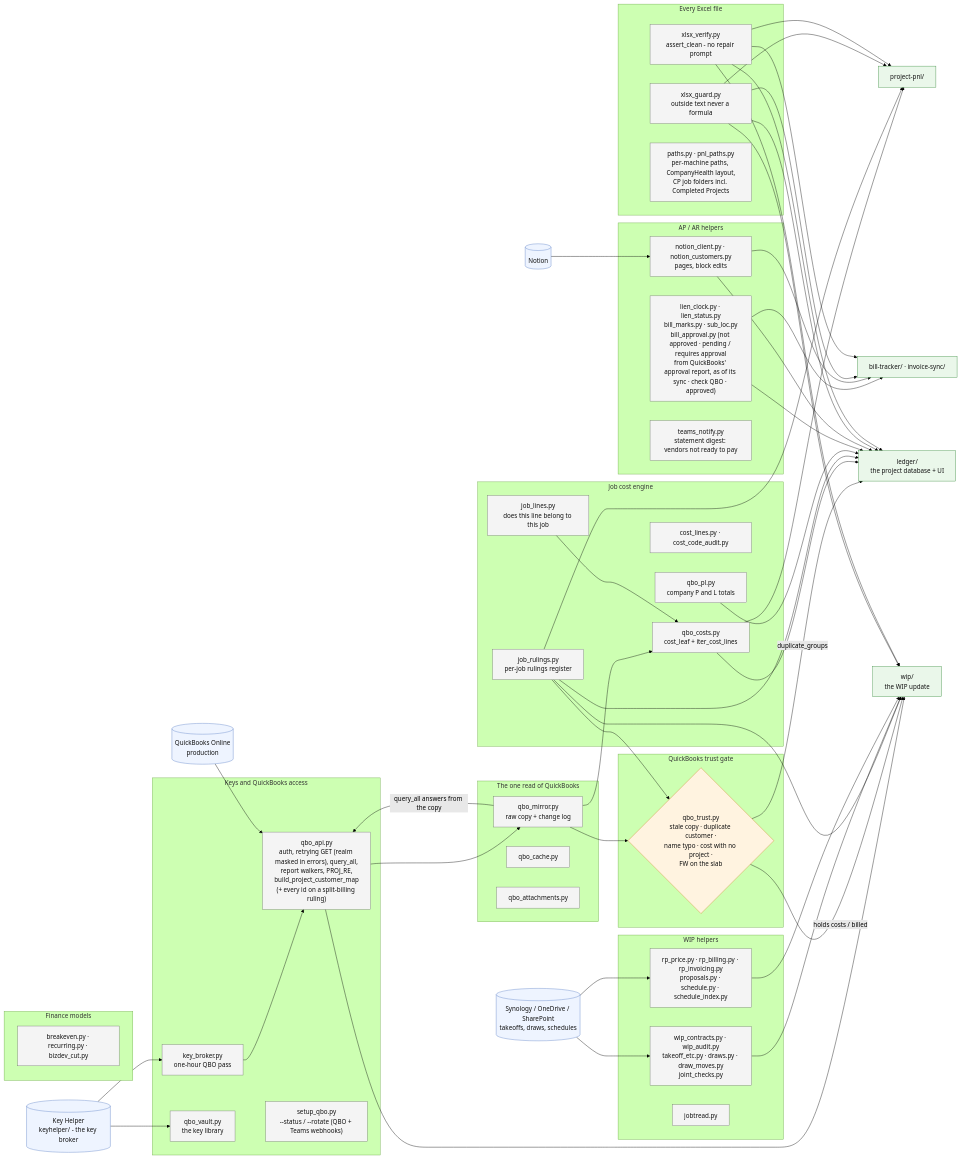
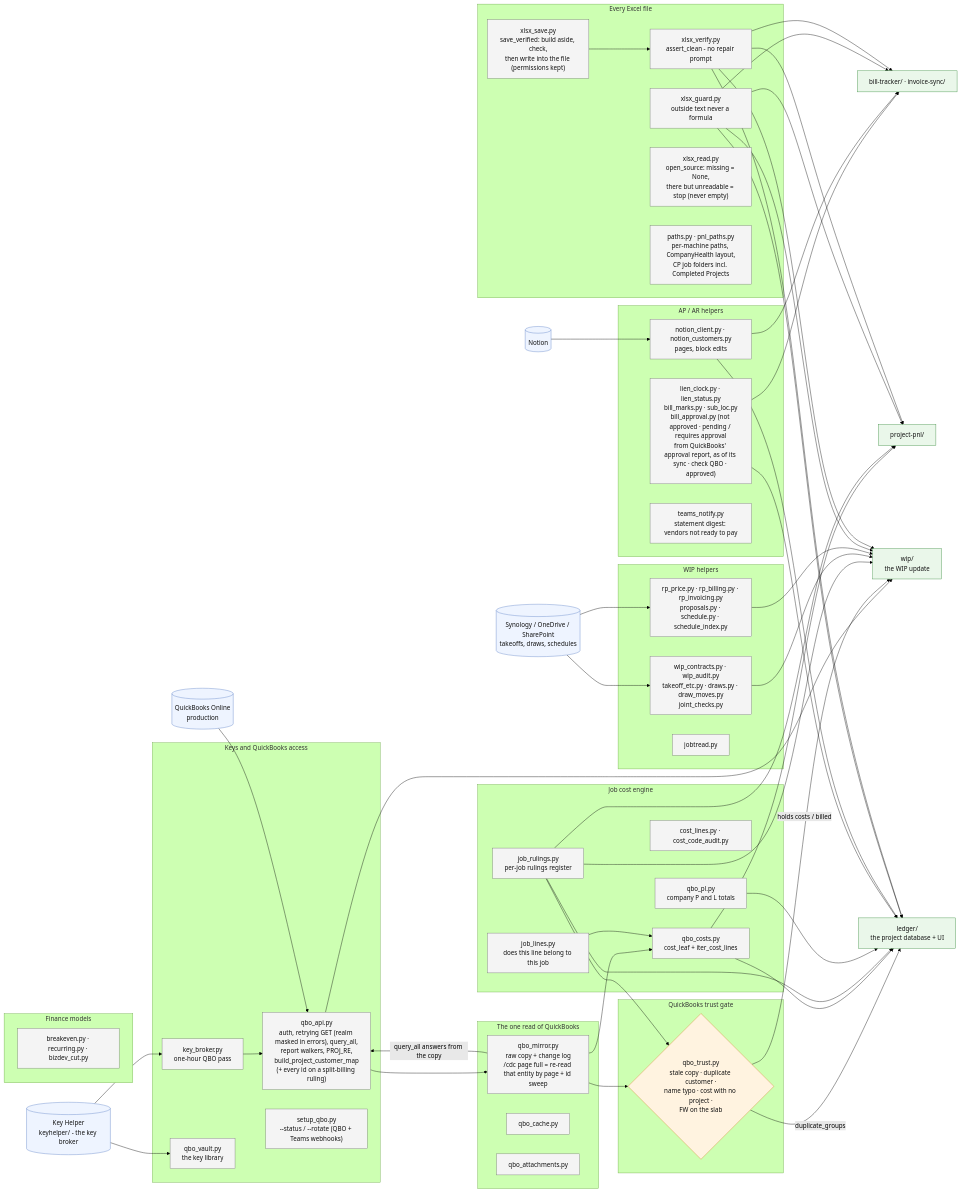
Before and after one commit to Ecarlo-Proficient/Claude-Report: the diagram in shared/FLOW.md, drawn with Mermaid (forest theme). The commit also changed other lines of this file and 18 other files, not shown here.

```diff
--- a/shared/FLOW.md
+++ b/shared/FLOW.md
@@ -44,7 +44,7 @@
     QBO --> API
 
     subgraph MIRROR["The one read of QuickBooks"]
-        MIR["qbo_mirror.py<br/>raw copy + change log"]:::mod
+        MIR["qbo_mirror.py<br/>raw copy + change log<br/>/cdc page full = re-read that entity by page + id sweep"]:::mod
         CACHE["qbo_cache.py"]:::mod
         ATT["qbo_attachments.py"]:::mod
     end
@@ -88,6 +88,9 @@
     subgraph SAFE["Every Excel file"]
         XG["xlsx_guard.py<br/>outside text never a formula"]:::mod
         XV["xlsx_verify.py<br/>assert_clean - no repair prompt"]:::mod
+        XR["xlsx_read.py<br/>open_source: missing = None,<br/>there but unreadable = stop (never empty)"]:::mod
+        XS["xlsx_save.py<br/>save_verified: build aside, check,<br/>then write into the file (permissions kept)"]:::mod
+        XS --> XV
         PATHS["paths.py · pnl_paths.py<br/>per-machine paths, CompanyHealth layout,<br/>CP job folders incl. Completed Projects"]:::mod
     end
 
```
